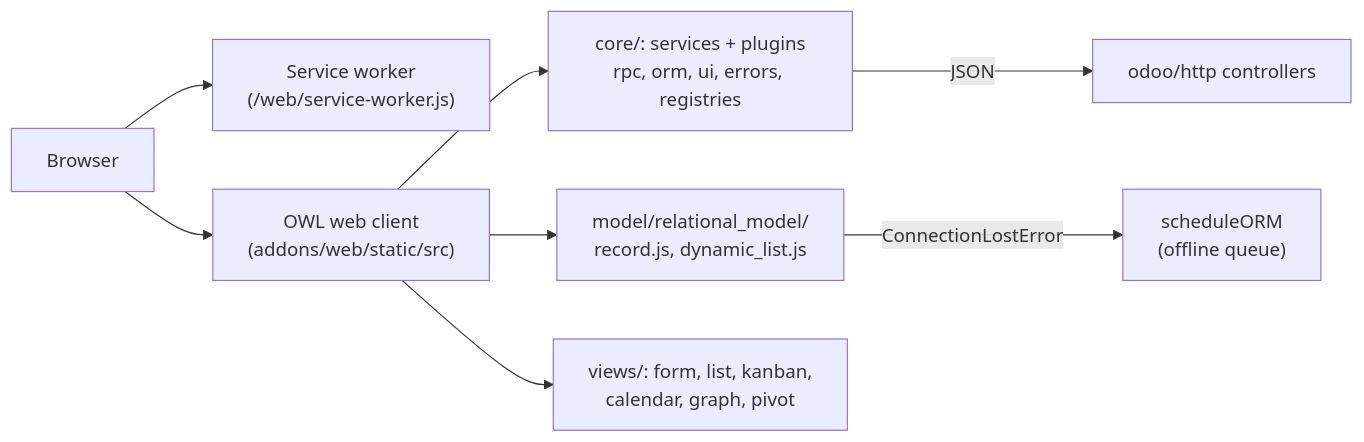
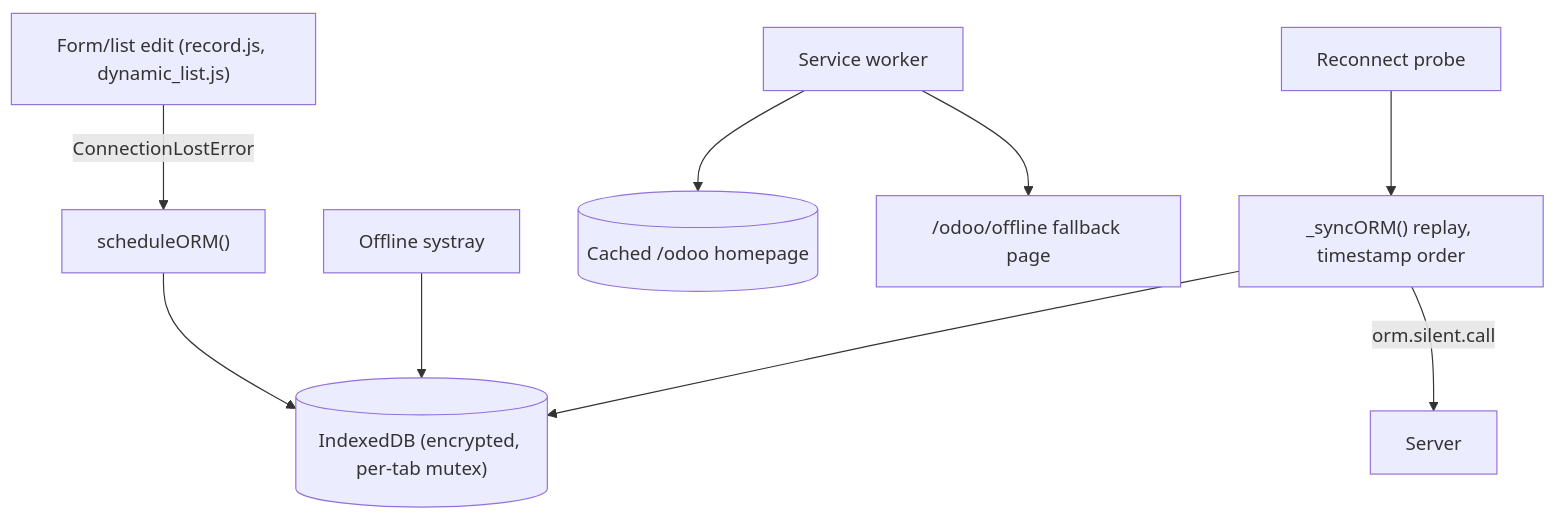
The second of 2 diagrams in droid-wiki/overview/architecture.md (blitzy-public-samples/odoo), drawn with Mermaid before and after one commit. The commit also changed other lines of this file and 78 other files, not shown here.

````diff
--- a/droid-wiki/overview/architecture.md
+++ b/droid-wiki/overview/architecture.md
@@ -28,10 +39,11 @@
 ```mermaid
-graph LR
-    B[Browser] --> SW["Service worker<br/>(/web/service-worker.js)"]
-    B --> WC["OWL web client<br/>(addons/web/static/src)"]
-    WC --> CORE["core/: services + plugins<br/>rpc, orm, ui, errors, registries"]
-    WC --> MODEL["model/relational_model/<br/>record.js, dynamic_list.js"]
-    WC --> VIEWS["views/: form, list, kanban,<br/>calendar, graph, pivot"]
-    CORE -->|JSON| HTTP["odoo/http controllers"]
-    MODEL -->|ConnectionLostError| QUEUE["scheduleORM<br/>(offline queue)"]
+graph TD
+    Record["Form/list edit (record.js, dynamic_list.js)"] -->|ConnectionLostError| Q["scheduleORM()"]
+    Q --> DB[("IndexedDB (encrypted, per-tab mutex)")]
+    UI["Offline systray"] --> DB
+    SW["Service worker"] --> Cache[("Cached /odoo homepage")]
+    SW --> Offline["/odoo/offline fallback page"]
+    Reconn["Reconnect probe"] --> Replay["_syncORM() replay, timestamp order"]
+    Replay --> DB
+    Replay -->|orm.silent.call| Server["Server"]
 ```
````
